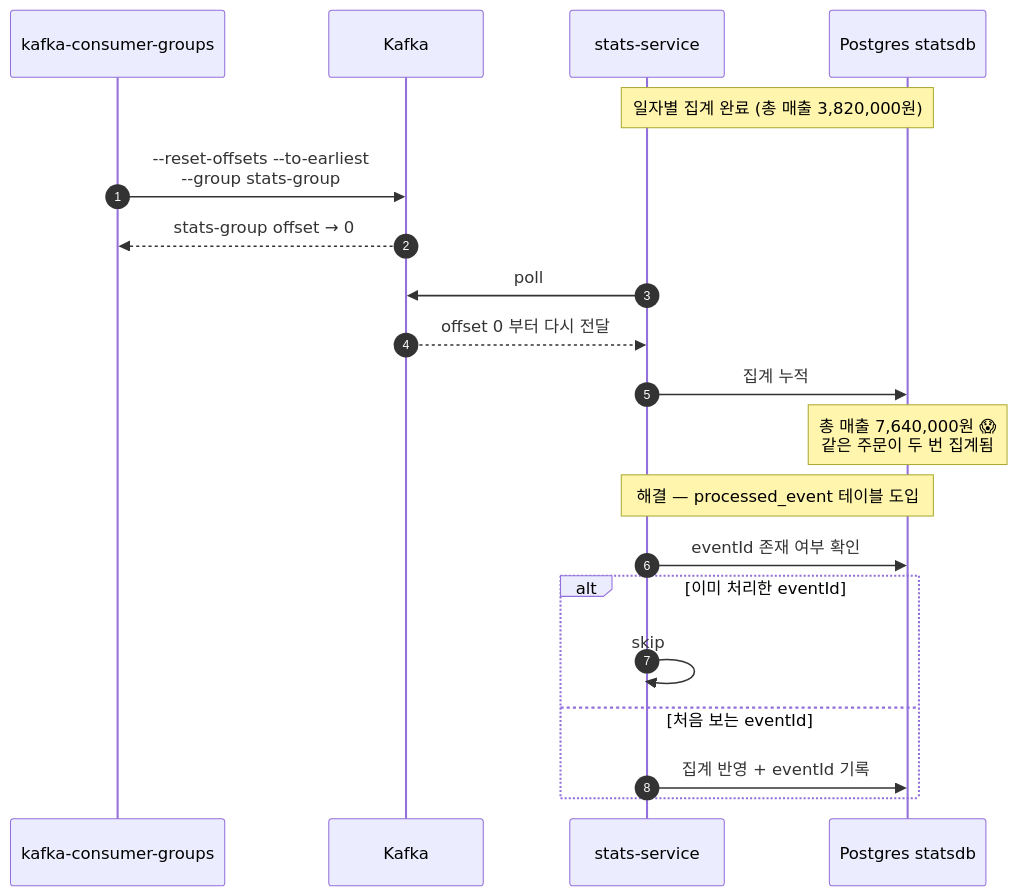
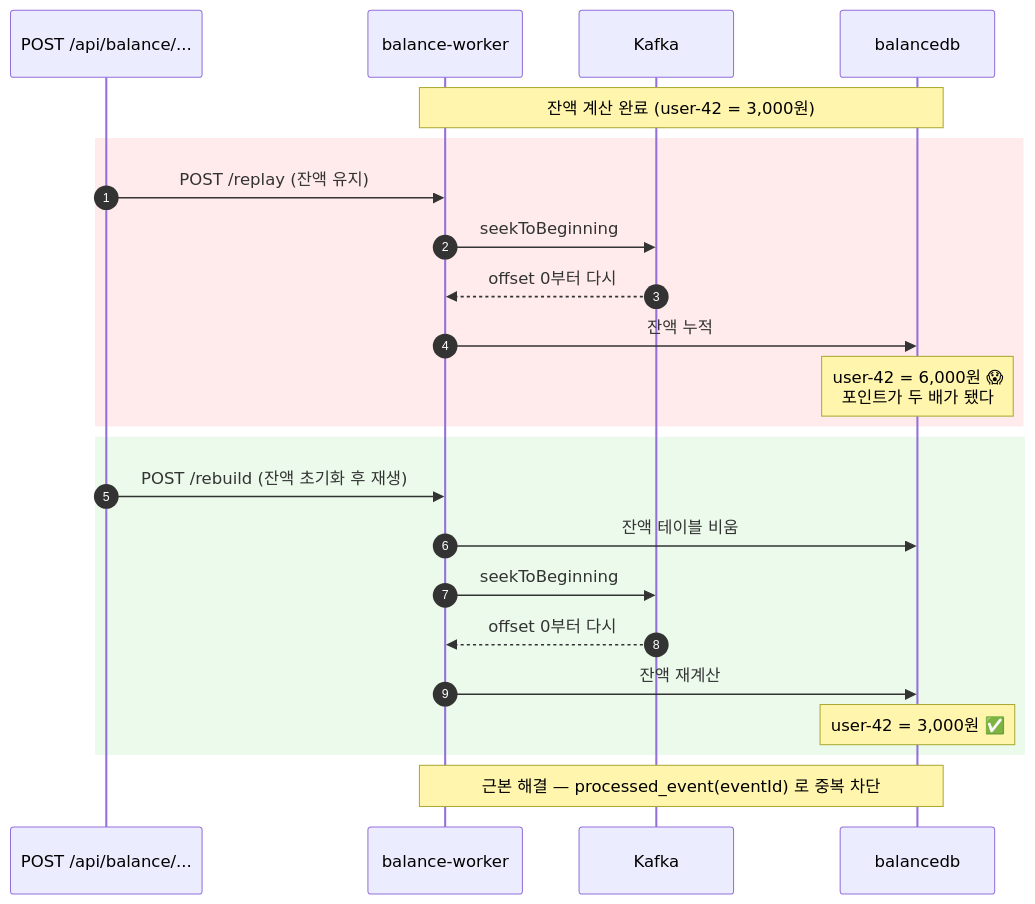
The fifth of 7 diagrams in docs/planning/02-architecture.md (ytw9699/kafka_study), drawn with Mermaid before and after one commit. The commit also changed other lines of this file and 20 other files, not shown here.

````diff
--- a/docs/planning/02-architecture.md
+++ b/docs/planning/02-architecture.md
@@ -184,26 +211,29 @@
 ```mermaid
 sequenceDiagram
     autonumber
-    participant CLI as kafka-consumer-groups
+    participant API as POST /api/balance/...
+    participant BW as balance-worker
     participant K as Kafka
-    participant SS as stats-service
-    participant DB as Postgres statsdb
+    participant DB as balancedb
 
-    Note over SS,DB: 일자별 집계 완료 (총 매출 3,820,000원)
+    Note over BW,DB: 잔액 계산 완료 (user-42 = 3,000원)
 
-    CLI->>K: --reset-offsets --to-earliest<br/>--group stats-group
-    K-->>CLI: stats-group offset → 0
+    rect rgb(255, 235, 235)
+        API->>BW: POST /replay (잔액 유지)
+        BW->>K: seekToBeginning
+        K-->>BW: offset 0부터 다시
+        BW->>DB: 잔액 누적
+        Note over DB: user-42 = 6,000원 😱<br/>포인트가 두 배가 됐다
+    end
 
-    SS->>K: poll
-    K-->>SS: offset 0 부터 다시 전달
-    SS->>DB: 집계 누적
-    Note over DB: 총 매출 7,640,000원 😱<br/>같은 주문이 두 번 집계됨
+    rect rgb(235, 250, 235)
+        API->>BW: POST /rebuild (잔액 초기화 후 재생)
+        BW->>DB: 잔액 테이블 비움
+        BW->>K: seekToBeginning
+        K-->>BW: offset 0부터 다시
+        BW->>DB: 잔액 재계산
+        Note over DB: user-42 = 3,000원 ✅
+    end
 
-    Note over SS,DB: 해결 — processed_event 테이블 도입
-    SS->>DB: eventId 존재 여부 확인
-    alt 이미 처리한 eventId
-        SS->>SS: skip
-    else 처음 보는 eventId
-        SS->>DB: 집계 반영 + eventId 기록
-    end
+    Note over BW,DB: 근본 해결 — processed_event(eventId) 로 중복 차단
 ```
````
